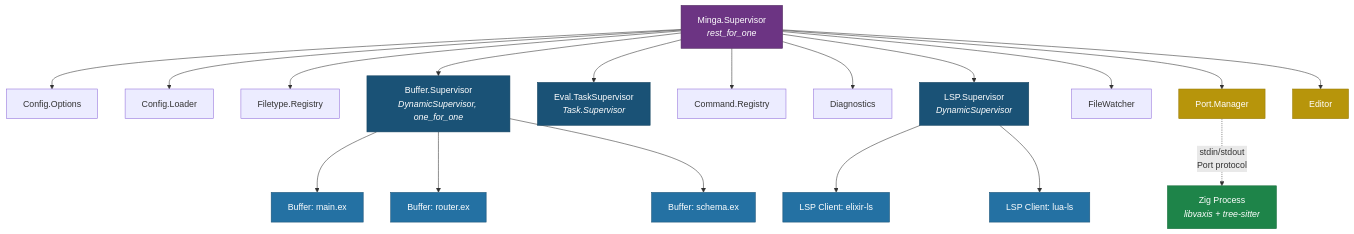
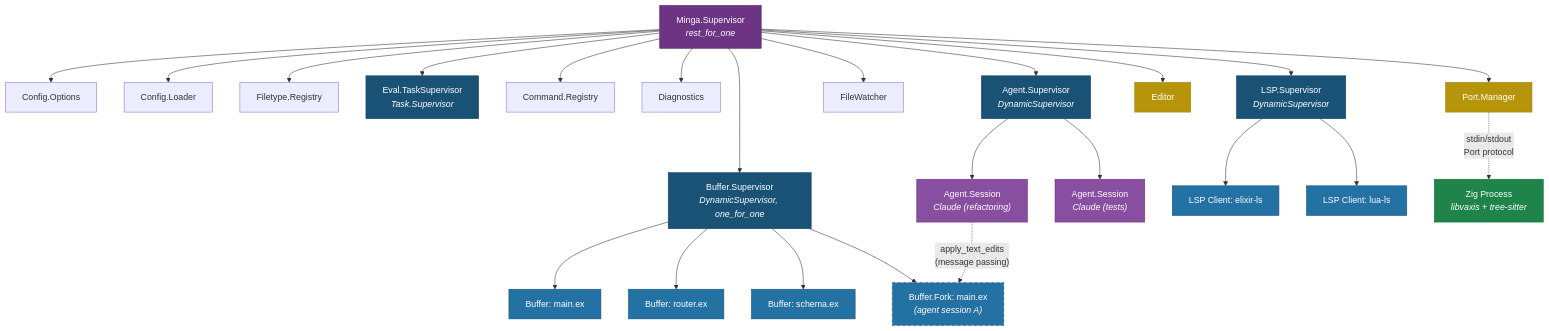
One commit to jsmestad/minga changed the first of 6 diagrams in docs/DIAGRAMS.md. Above: the diagram before and after it, drawn with Mermaid. The commit also changed other lines of this file, not shown here.

Commit message:
docs(diagrams): add agent and buffer fork processes to supervision tree
Shows Agent.Supervisor with Agent.Session processes, Buffer.Fork
under Buffer.Supervisor (dashed border, planned), and the message
passing relationship between agent sessions and their forks.

````diff
--- a/docs/DIAGRAMS.md
+++ b/docs/DIAGRAMS.md
@@ -9,38 +9,49 @@
 ```mermaid
 graph TD
     SUP["Minga.Supervisor<br/><i>rest_for_one</i>"]
 
     SUP --> OPTS["Config.Options"]
     SUP --> LOADER["Config.Loader"]
     SUP --> FT["Filetype.Registry"]
     SUP --> BUFSUP["Buffer.Supervisor<br/><i>DynamicSupervisor, one_for_one</i>"]
     SUP --> TASKSUP["Eval.TaskSupervisor<br/><i>Task.Supervisor</i>"]
     SUP --> CMDREG["Command.Registry"]
     SUP --> DIAG["Diagnostics"]
     SUP --> LSPSUP["LSP.Supervisor<br/><i>DynamicSupervisor</i>"]
     SUP --> FW["FileWatcher"]
     SUP --> PM["Port.Manager"]
     SUP --> ED["Editor"]
 
     BUFSUP --> B1["Buffer: main.ex"]
     BUFSUP --> B2["Buffer: router.ex"]
     BUFSUP --> B3["Buffer: schema.ex"]
+    BUFSUP --> BF1["Buffer.Fork: main.ex<br/><i>(agent session A)</i>"]
+
+    SUP --> AGENTSUP["Agent.Supervisor<br/><i>DynamicSupervisor</i>"]
+    AGENTSUP --> AS1["Agent.Session<br/><i>Claude (refactoring)</i>"]
+    AGENTSUP --> AS2["Agent.Session<br/><i>Claude (tests)</i>"]
 
     LSPSUP --> LSP1["LSP Client: elixir-ls"]
     LSPSUP --> LSP2["LSP Client: lua-ls"]
 
     PM -. "stdin/stdout<br/>Port protocol" .-> ZIG["Zig Process<br/><i>libvaxis + tree-sitter</i>"]
 
+    AS1 -. "apply_text_edits<br/>(message passing)" .-> BF1
+
     style SUP fill:#6c3483,stroke:#4a235a,color:#fff
     style BUFSUP fill:#1a5276,stroke:#154360,color:#fff
     style LSPSUP fill:#1a5276,stroke:#154360,color:#fff
+    style AGENTSUP fill:#1a5276,stroke:#154360,color:#fff
     style TASKSUP fill:#1a5276,stroke:#154360,color:#fff
     style ZIG fill:#1e8449,stroke:#196f3d,color:#fff
     style PM fill:#b7950b,stroke:#9a7d0a,color:#fff
     style ED fill:#b7950b,stroke:#9a7d0a,color:#fff
     style B1 fill:#2471a3,stroke:#1a5276,color:#fff
     style B2 fill:#2471a3,stroke:#1a5276,color:#fff
     style B3 fill:#2471a3,stroke:#1a5276,color:#fff
+    style BF1 fill:#2471a3,stroke:#1a5276,color:#fff,stroke-dasharray: 5 5
+    style AS1 fill:#884ea0,stroke:#6c3483,color:#fff
+    style AS2 fill:#884ea0,stroke:#6c3483,color:#fff
     style LSP1 fill:#2471a3,stroke:#1a5276,color:#fff
     style LSP2 fill:#2471a3,stroke:#1a5276,color:#fff
 ```
````
